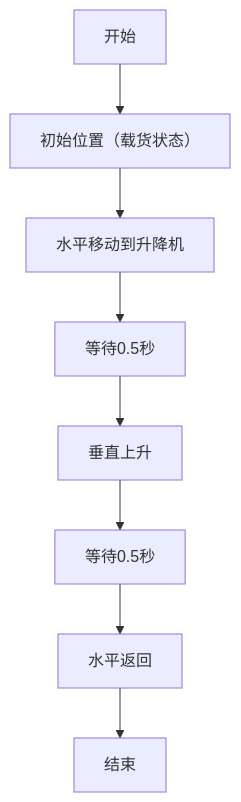
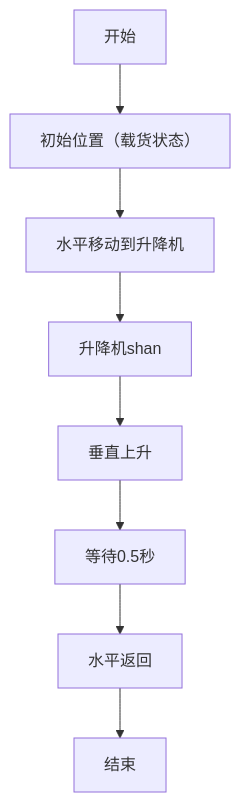
One commit to Mrmilu212/iodraw-files changed the diagram in all/未命名-1.md. Above: the diagram before and after it, drawn with Mermaid.

Commit message:
2025-05-20 14:50:20 update

````diff
--- a/all/未命名-1.md
+++ b/all/未命名-1.md
@@ -1,10 +1,10 @@
 ```mermaid
 graph TD
     A[开始] --> B[初始位置（载货状态）]
     B --> C[水平移动到升降机]
-    C --> D[等待0.5秒]
+    C --> D[升降机shan]
     D --> E[垂直上升]
     E --> F[等待0.5秒]
     F --> G[水平返回]
     G --> H[结束]
 ```
````
